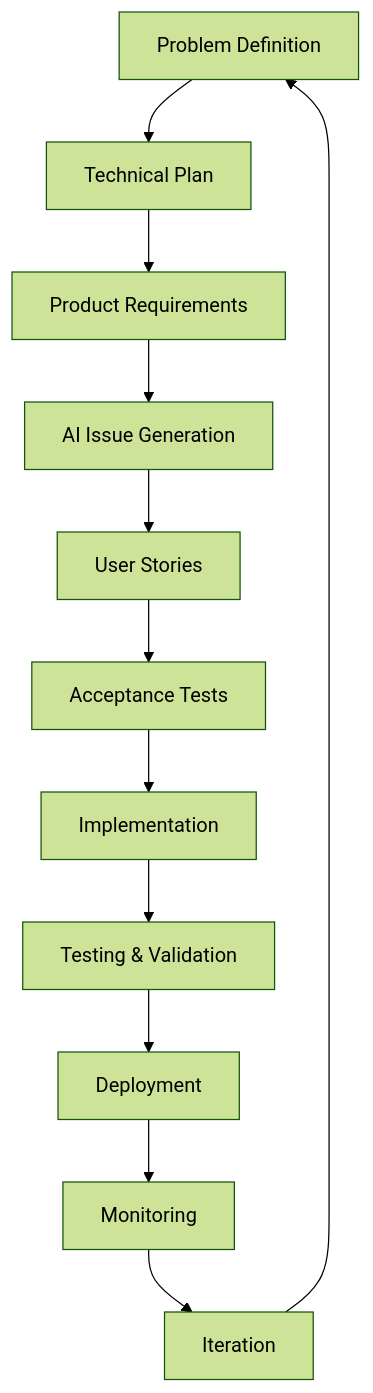
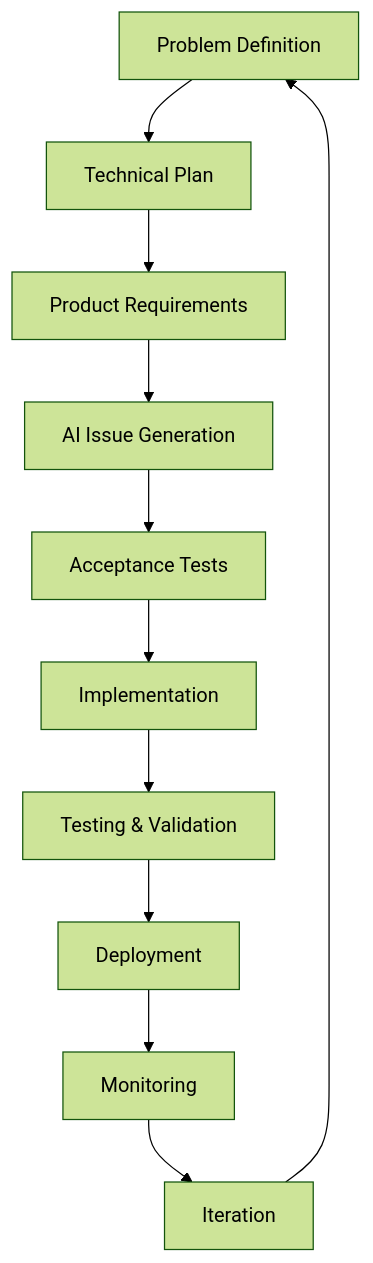
One commit to PaulDuvall/coding-with-ai-patterns changed the third of 11 diagrams in README.md. Above: the diagram before and after it, drawn with Mermaid (forest theme). The commit also changed other lines of this file, not shown here.

````diff
--- a/README.md
+++ b/README.md
@@ -196,14 +196,13 @@
 ```mermaid
 graph TD
     A[Problem Definition] --> B[Technical Plan]
     B --> C[Product Requirements]
     C --> D[AI Issue Generation]
-    D --> E[User Stories]
-    E --> F[Acceptance Tests]
-    F --> G[Implementation]
-    G --> H[Testing & Validation]
-    H --> I[Deployment]
-    I --> J[Monitoring]
-    J --> K[Iteration]
-    K --> A
+    D --> E[Acceptance Tests]
+    E --> F[Implementation]
+    F --> G[Testing & Validation]
+    G --> H[Deployment]
+    H --> I[Monitoring]
+    I --> J[Iteration]
+    J --> A
 ```
````
